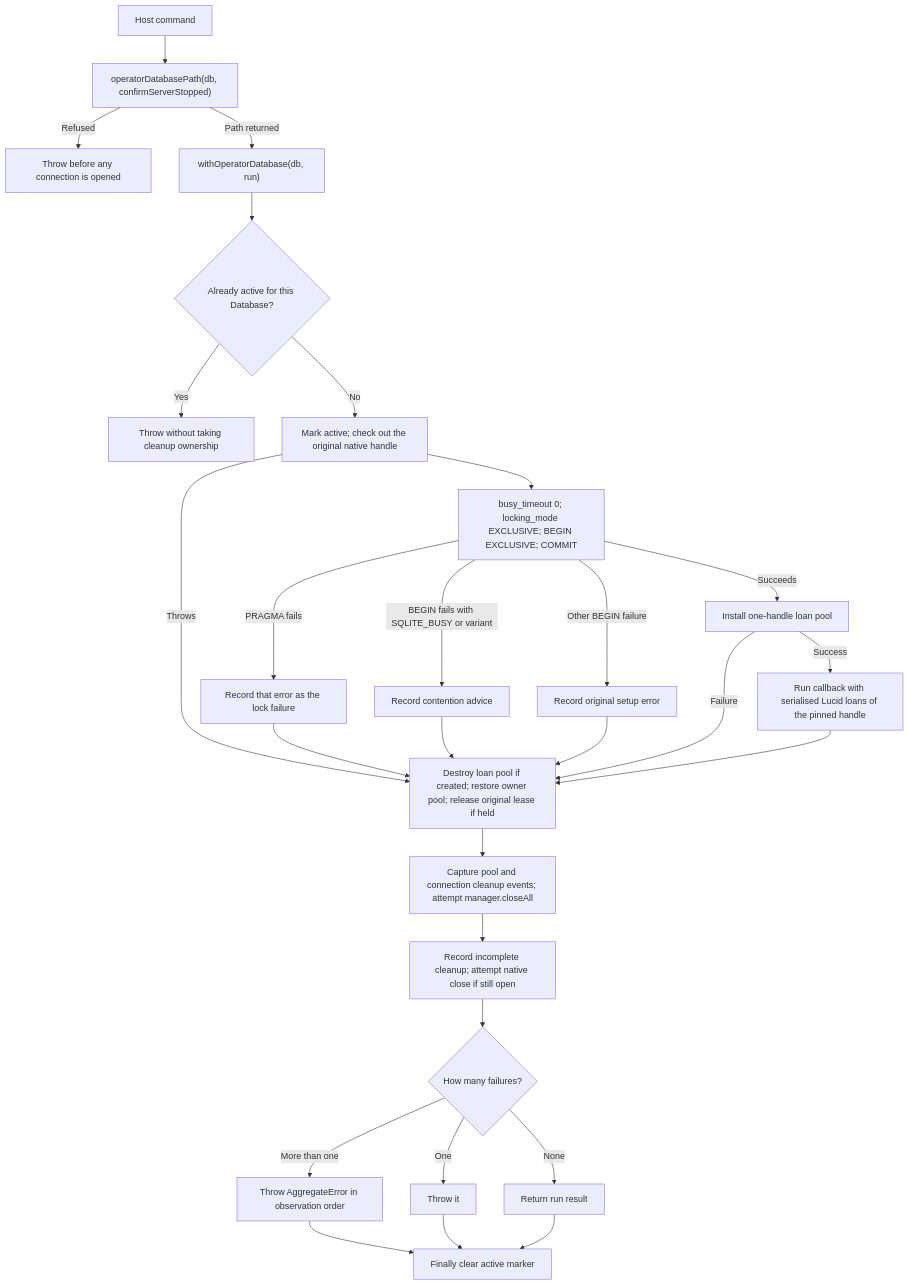
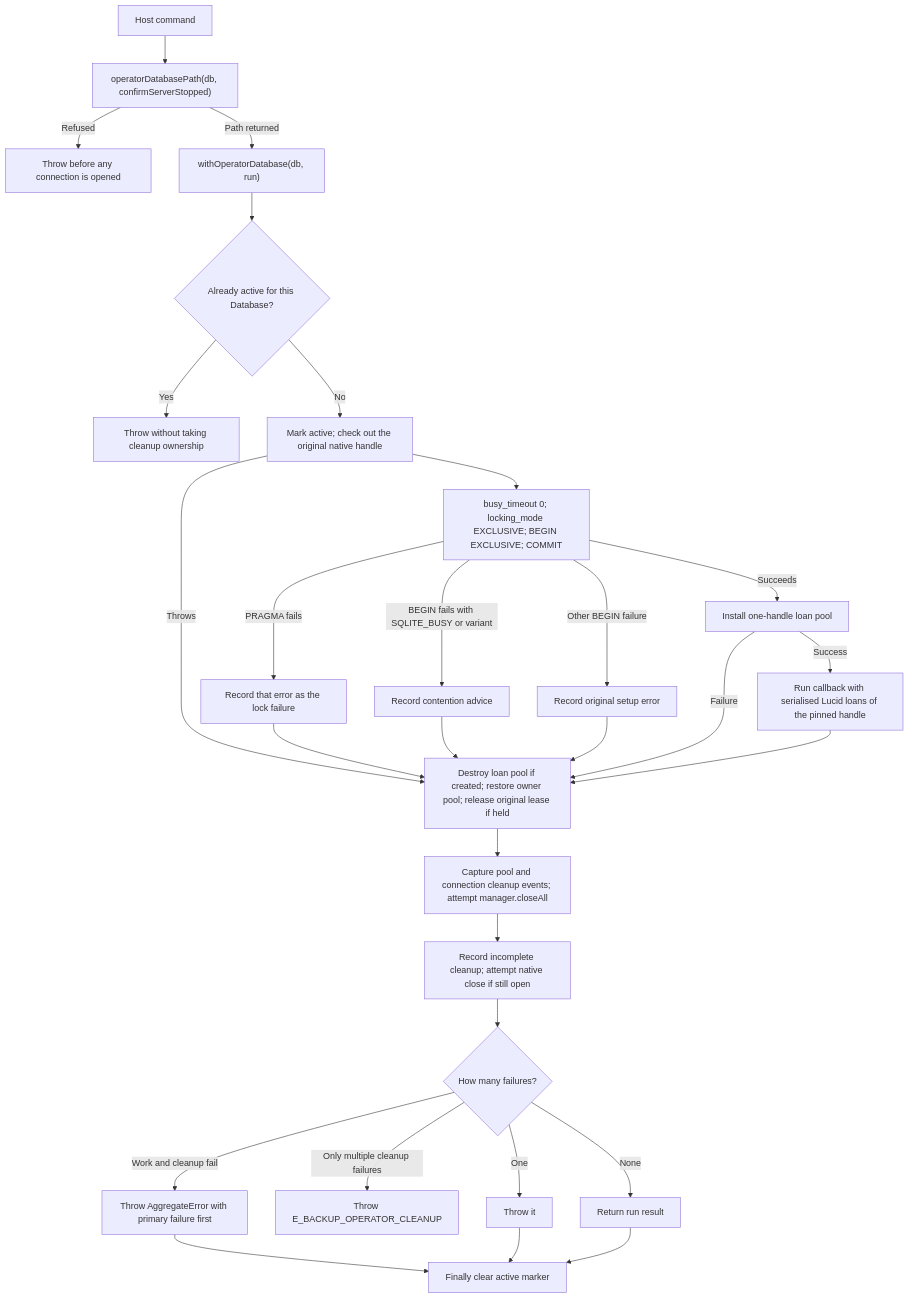
The second of 2 diagrams in user-stories/operator-guards/us-op-07-stopped-server-operator-command.md (Kevinjohn/oss-adonisjs-sqlite-backup), drawn with Mermaid before and after one commit. The commit also changed other lines of this file and 35 other files, not shown here.

Commit message:
Assign backup exception codes per cause and distinguish cleanup failures

````diff
--- a/user-stories/operator-guards/us-op-07-stopped-server-operator-command.md
+++ b/user-stories/operator-guards/us-op-07-stopped-server-operator-command.md
@@ -46,31 +46,32 @@
 ```mermaid
 flowchart TD
     A["Host command"] --> B["operatorDatabasePath(db, confirmServerStopped)"]
     B -->|Refused| X["Throw before any connection is opened"]
     B -->|Path returned| C["withOperatorDatabase(db, run)"]
     C --> C1{"Already active for this Database?"}
     C1 -->|Yes| X1["Throw without taking cleanup ownership"]
     C1 -->|No| D["Mark active; check out the original native handle"]
     D -->|Throws| I
     D --> S["busy_timeout 0; locking_mode EXCLUSIVE; BEGIN EXCLUSIVE; COMMIT"]
     S -->|PRAGMA fails| P["Record that error as the lock failure"]
     S -->|BEGIN fails with SQLITE_BUSY or variant| Q["Record contention advice"]
     S -->|Other BEGIN failure| R["Record original setup error"]
     S -->|Succeeds| P1["Install one-handle loan pool"]
     P1 -->|Failure| I
     P1 -->|Success| H["Run callback with serialised Lucid loans of the pinned handle"]
     P --> I
     Q --> I
     R --> I
     H --> I
     I["Destroy loan pool if created; restore owner pool; release original lease if held"]
     I --> I1["Capture pool and connection cleanup events; attempt manager.closeAll"]
     I1 --> I2["Record incomplete cleanup; attempt native close if still open"]
     I2 --> J{"How many failures?"}
-    J -->|More than one| K["Throw AggregateError in observation order"]
+    J -->|Work and cleanup fail| K["Throw AggregateError with primary failure first"]
+    J -->|Only multiple cleanup failures| K1["Throw E_BACKUP_OPERATOR_CLEANUP"]
     J -->|One| L["Throw it"]
     J -->|None| M["Return run result"]
     K --> N["Finally clear active marker"]
     L --> N
     M --> N
 ```
````
